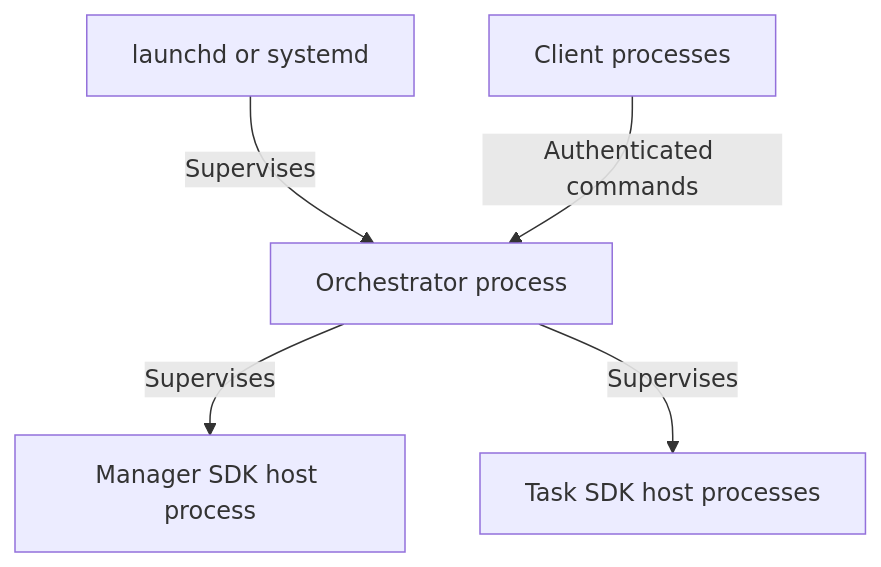
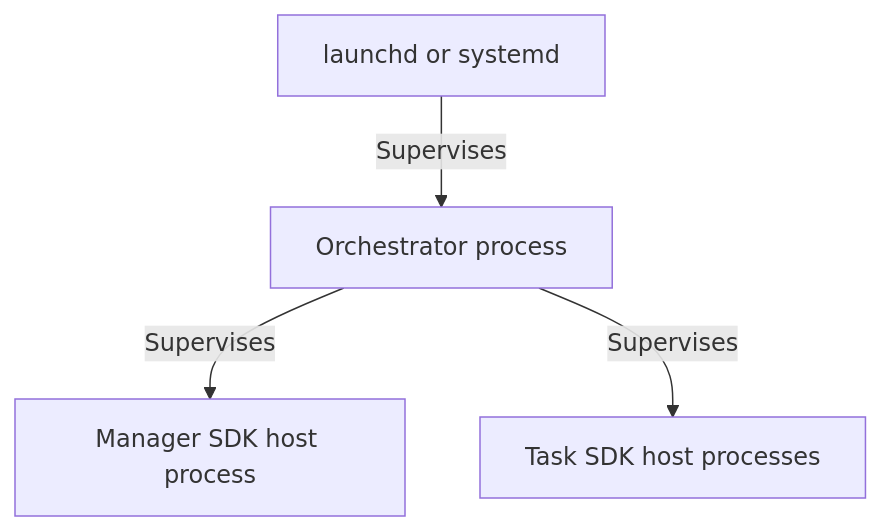
One commit to dataclique/metagenda changed the second of 6 diagrams in SPEC.md. Above: the diagram before and after it, drawn with Mermaid. The commit also changed other lines of this file, not shown here.

Commit message:
give each diagram one purpose and complete its return paths

````diff
--- a/SPEC.md
+++ b/SPEC.md
@@ -126,7 +118,6 @@
 ```mermaid
 flowchart TD
     OS[launchd or systemd] -->|Supervises| Coordinator[Orchestrator process]
     Coordinator -->|Supervises| ManagerHost[Manager SDK host process]
     Coordinator -->|Supervises| WorkerHosts[Task SDK host processes]
-    Clients[Client processes] -->|Authenticated commands| Coordinator
 ```
````
